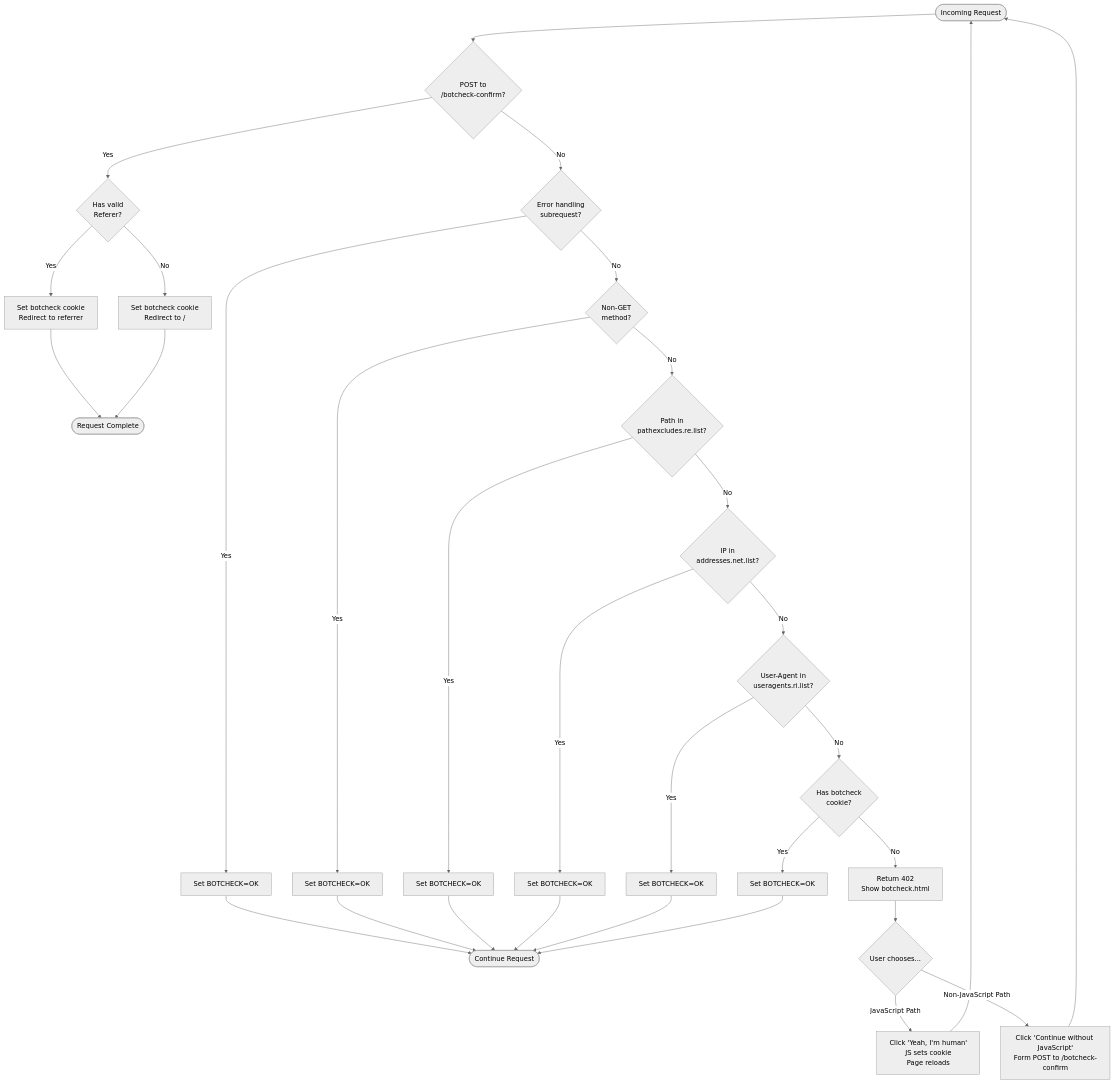
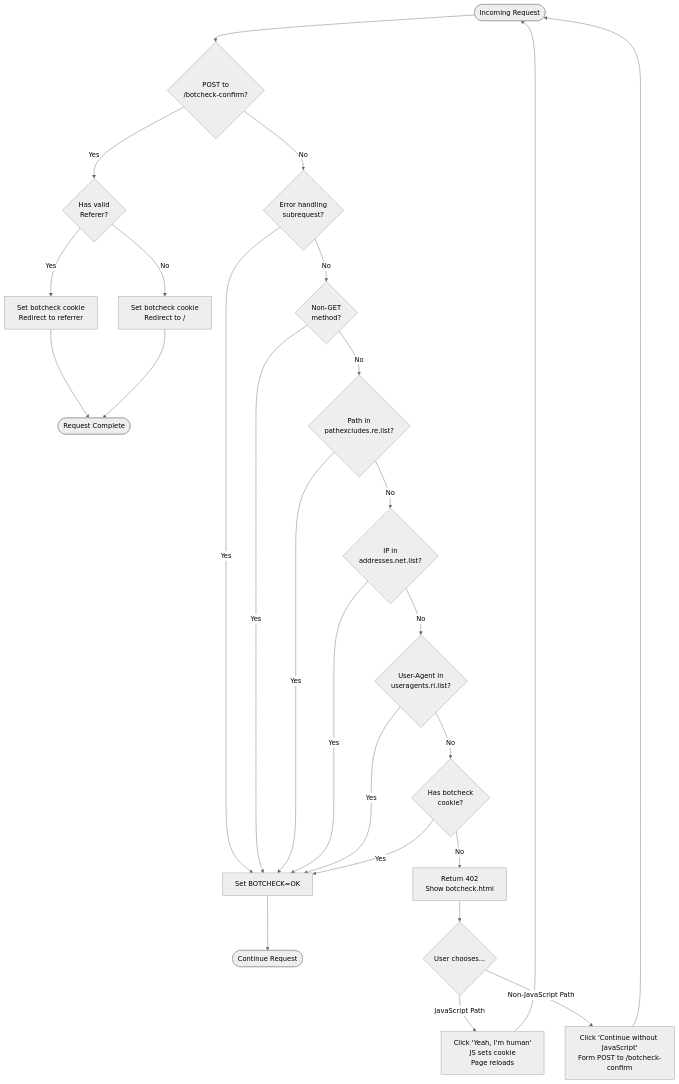
Before and after one commit to splitbrain/botcheck: the diagram in README.md, drawn with Mermaid (neutral theme).

Commit message:
Consolidate duplicate 'Set BOTCHECK=OK' nodes into single shared node

````diff
--- a/README.md
+++ b/README.md
@@ -18,42 +18,37 @@
 ```mermaid
 flowchart TD
     Start([Incoming Request]) --> CheckConfirm{POST to<br/>/botcheck-confirm?}
     CheckConfirm -->|Yes| CheckReferer{Has valid<br/>Referer?}
     CheckReferer -->|Yes| SetCookie1[Set botcheck cookie<br/>Redirect to referrer]
     CheckReferer -->|No| SetCookie2[Set botcheck cookie<br/>Redirect to /]
     SetCookie1 --> End1([Request Complete])
     SetCookie2 --> End1
     
     CheckConfirm -->|No| CheckRedirect{Error handling<br/>subrequest?}
-    CheckRedirect -->|Yes| Allow1[Set BOTCHECK=OK]
-    Allow1 --> Allow([Continue Request])
+    CheckRedirect -->|Yes| AllowAccess[Set BOTCHECK=OK]
+    AllowAccess --> Allow([Continue Request])
     
     CheckRedirect -->|No| CheckMethod{Non-GET<br/>method?}
-    CheckMethod -->|Yes| Allow2[Set BOTCHECK=OK]
-    Allow2 --> Allow
+    CheckMethod -->|Yes| AllowAccess
     
     CheckMethod -->|No| CheckPath{Path in<br/>pathexcludes.re.list?}
-    CheckPath -->|Yes| Allow3[Set BOTCHECK=OK]
-    Allow3 --> Allow
+    CheckPath -->|Yes| AllowAccess
     
     CheckPath -->|No| CheckIP{IP in<br/>addresses.net.list?}
-    CheckIP -->|Yes| Allow4[Set BOTCHECK=OK]
-    Allow4 --> Allow
+    CheckIP -->|Yes| AllowAccess
     
     CheckIP -->|No| CheckUA{User-Agent in<br/>useragents.ri.list?}
-    CheckUA -->|Yes| Allow5[Set BOTCHECK=OK]
-    Allow5 --> Allow
+    CheckUA -->|Yes| AllowAccess
     
     CheckUA -->|No| CheckCookie{Has botcheck<br/>cookie?}
-    CheckCookie -->|Yes| Allow6[Set BOTCHECK=OK]
-    Allow6 --> Allow
+    CheckCookie -->|Yes| AllowAccess
     
     CheckCookie -->|No| Deny[Return 402<br/>Show botcheck.html]
     Deny --> UserChoice{User chooses...}
     
     UserChoice -->|JavaScript Path| JSClick[Click 'Yeah, I'm human'<br/>JS sets cookie<br/>Page reloads]
     JSClick --> Start
     
     UserChoice -->|Non-JavaScript Path| NoJSClick[Click 'Continue without JavaScript'<br/>Form POST to /botcheck-confirm]
     NoJSClick --> Start
 ```
````
